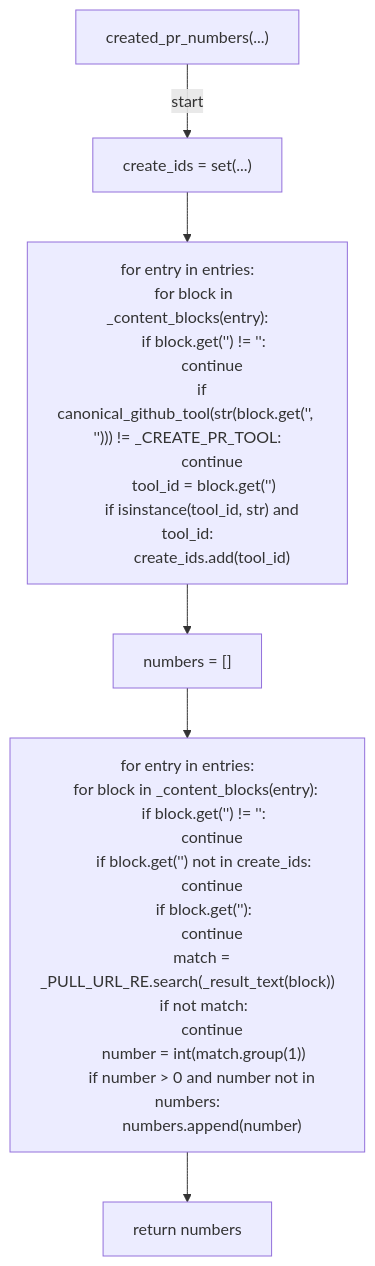
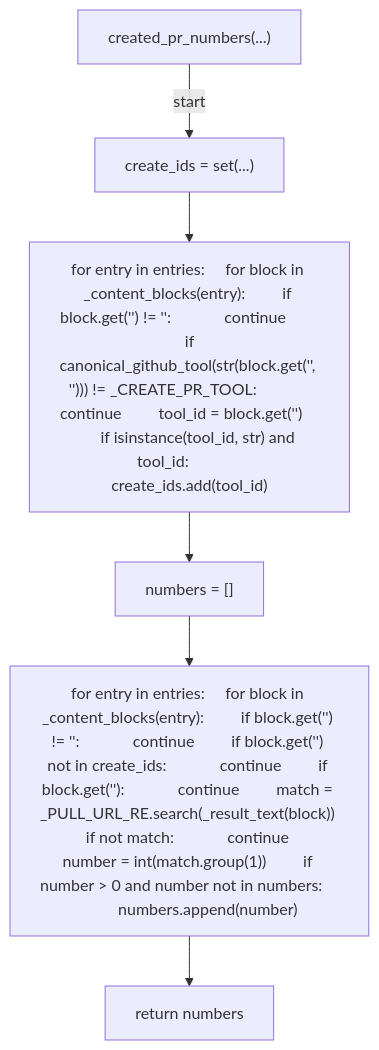
The seventh of 14 diagrams in docs/generated/scripts/ast/gate_handoff_retro_survey_askuserquestion.md (tvna/claude-md), drawn with Mermaid before and after one commit. The commit also changed other lines of this file and 30 other files, not shown here.

First line of the commit message:
docs(generated): regenerate decision tree and workflow diagrams (batch 2/5)

````diff
--- a/docs/generated/scripts/ast/gate_handoff_retro_survey_askuserquestion.md
+++ b/docs/generated/scripts/ast/gate_handoff_retro_survey_askuserquestion.md
@@ -127,35 +127,14 @@
 ```mermaid
 flowchart TD
     N001["created_pr_numbers(...)"]
     N002["create_ids = set(...)"]
-    N003["for entry in entries:
-    for block in _content_blocks(entry):
-        if block.get('<str>') != '<str>':
-            continue
-        if canonical_github_tool(str(block.get('<str>', '<str>'))) != _CREATE_PR_TOOL:
-            continue
-        tool_id = block.get('<str>')
-        if isinstance(tool_id, str) and tool_id:
-            create_ids.add(tool_id)"]
+    N003["for entry in entries:     for block in _content_blocks(entry):         if block.get('<str>') != '<str>':             continue         if canonical_github_tool(str(block.get('<str>', '<str>'))) != _CREATE_PR_TOOL:             continue         tool_id = block.get('<str>')         if isinstance(tool_id, str) and tool_id:             create_ids.add(tool_id)"]
     N004["numbers = []"]
-    N005["for entry in entries:
-    for block in _content_blocks(entry):
-        if block.get('<str>') != '<str>':
-            continue
-        if block.get('<str>') not in create_ids:
-            continue
-        if block.get('<str>'):
-            continue
-        match = _PULL_URL_RE.search(_result_text(block))
-        if not match:
-            continue
-        number = int(match.group(1))
-        if number > 0 and number not in numbers:
-            numbers.append(number)"]
+    N005["for entry in entries:     for block in _content_blocks(entry):         if block.get('<str>') != '<str>':             continue         if block.get('<str>') not in create_ids:             continue         if block.get('<str>'):             continue         match = _PULL_URL_RE.search(_result_text(block))         if not match:             continue         number = int(match.group(1))         if number > 0 and number not in numbers:             numbers.append(number)"]
     N006["return numbers"]
     N001 -->|"start"| N002
     N002 --> N003
     N003 --> N004
     N004 --> N005
     N005 --> N006
 ```
````
